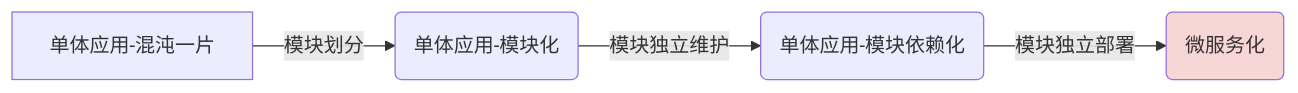
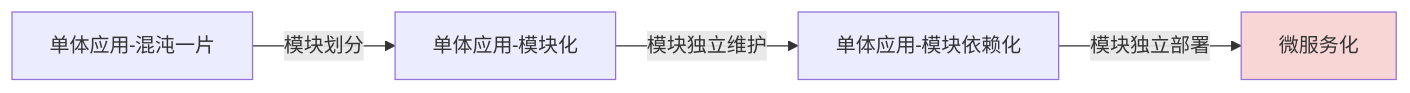
One commit to hcjjj/content-share-platform changed the diagram in README.md. Above: the diagram before and after it, drawn with Mermaid. The commit also changed other lines of this file and 118 other files, not shown here.

````diff
--- a/README.md
+++ b/README.md
@@ -10,7 +10,7 @@
 ```mermaid
 graph LR;
-    A[单体应用-混沌一片] -->|模块划分| B(单体应用-模块化)
-    B -->|模块独立维护| C(单体应用-模块依赖化)
-    C -->|模块独立部署| D(微服务化)
+    A[单体应用-混沌一片] -->|模块划分| B[单体应用-模块化]
+    B -->|模块独立维护| C[单体应用-模块依赖化]
+    C -->|模块独立部署| D[微服务化]
     style D fill:#f9d6d6
 ```
````
